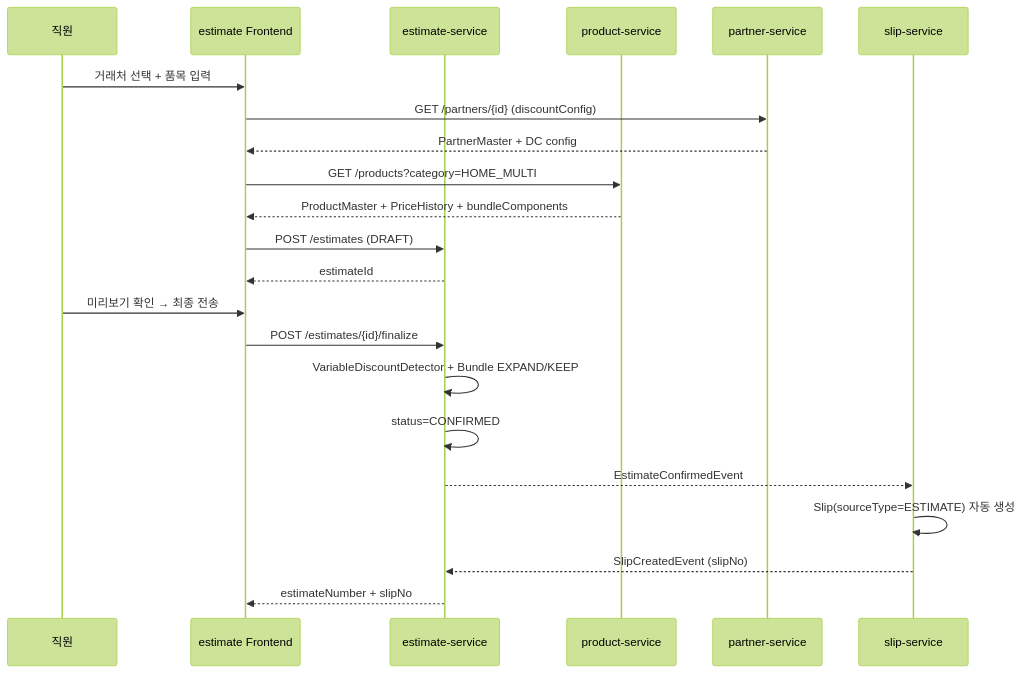
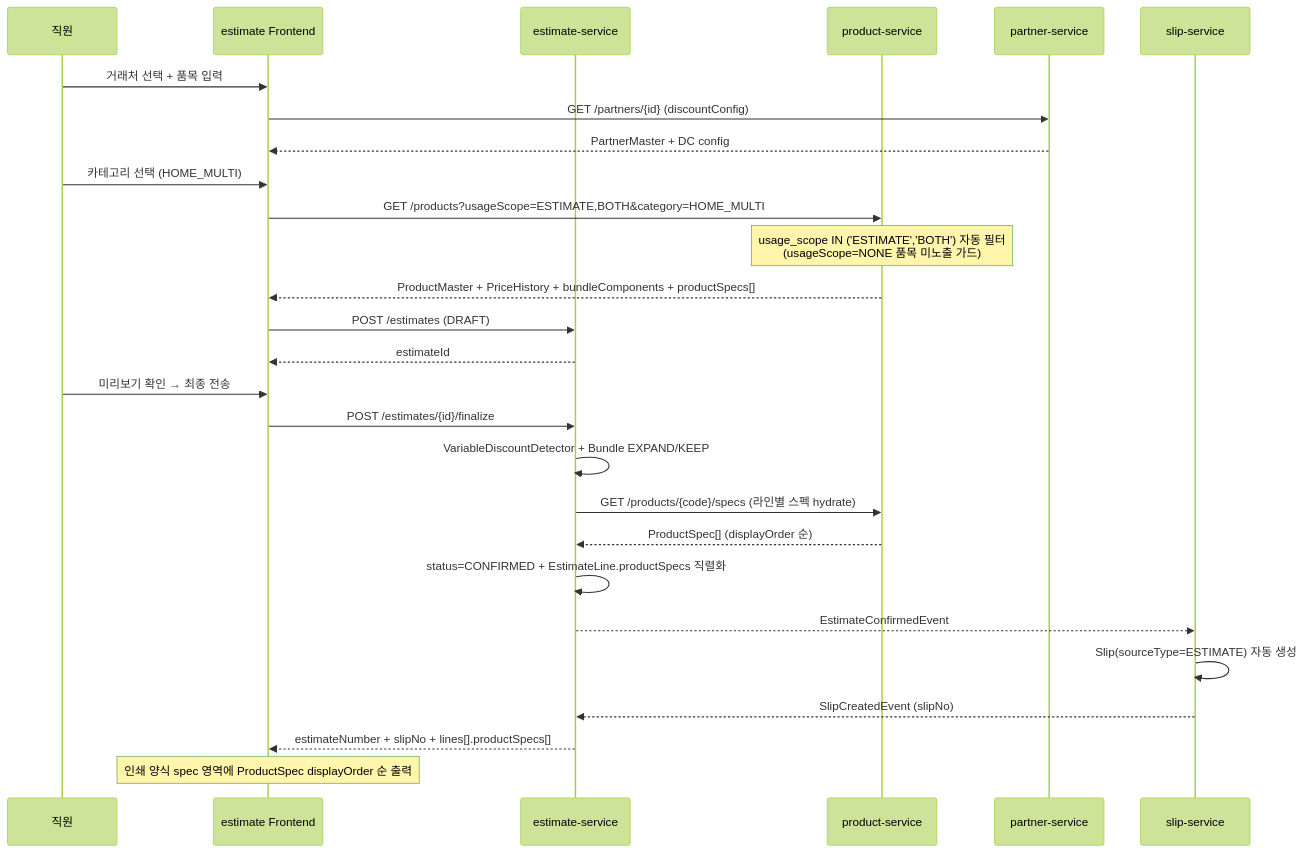
The first of 6 diagrams in migration/analysis/04-migration-plan.md (ewoo14/SamhanLogis), drawn with Mermaid (forest theme) before and after one commit. The commit also changed other lines of this file, not shown here.

````diff
--- a/migration/analysis/04-migration-plan.md
+++ b/migration/analysis/04-migration-plan.md
@@ -750,25 +900,30 @@
 ```mermaid
 sequenceDiagram
     participant U as 직원
     participant FE as estimate Frontend
     participant ES as estimate-service
     participant PS as product-service
     participant PR as partner-service
     participant SS as slip-service
 
     U->>FE: 거래처 선택 + 품목 입력
     FE->>PR: GET /partners/{id} (discountConfig)
     PR-->>FE: PartnerMaster + DC config
-    FE->>PS: GET /products?category=HOME_MULTI
-    PS-->>FE: ProductMaster + PriceHistory + bundleComponents
+    U->>FE: 카테고리 선택 (HOME_MULTI)
+    FE->>PS: GET /products?usageScope=ESTIMATE,BOTH&category=HOME_MULTI
+    Note over PS: usage_scope IN ('ESTIMATE','BOTH') 자동 필터<br/>(usageScope=NONE 품목 미노출 가드)
+    PS-->>FE: ProductMaster + PriceHistory + bundleComponents + productSpecs[]
     FE->>ES: POST /estimates (DRAFT)
     ES-->>FE: estimateId
     U->>FE: 미리보기 확인 → 최종 전송
     FE->>ES: POST /estimates/{id}/finalize
     ES->>ES: VariableDiscountDetector + Bundle EXPAND/KEEP
-    ES->>ES: status=CONFIRMED
+    ES->>PS: GET /products/{code}/specs (라인별 스펙 hydrate)
+    PS-->>ES: ProductSpec[] (displayOrder 순)
+    ES->>ES: status=CONFIRMED + EstimateLine.productSpecs 직렬화
     ES-->>SS: EstimateConfirmedEvent
     SS->>SS: Slip(sourceType=ESTIMATE) 자동 생성
     SS-->>ES: SlipCreatedEvent (slipNo)
-    ES-->>FE: estimateNumber + slipNo
+    ES-->>FE: estimateNumber + slipNo + lines[].productSpecs[]
+    Note over FE: 인쇄 양식 spec 영역에 ProductSpec displayOrder 순 출력
 ```
````
